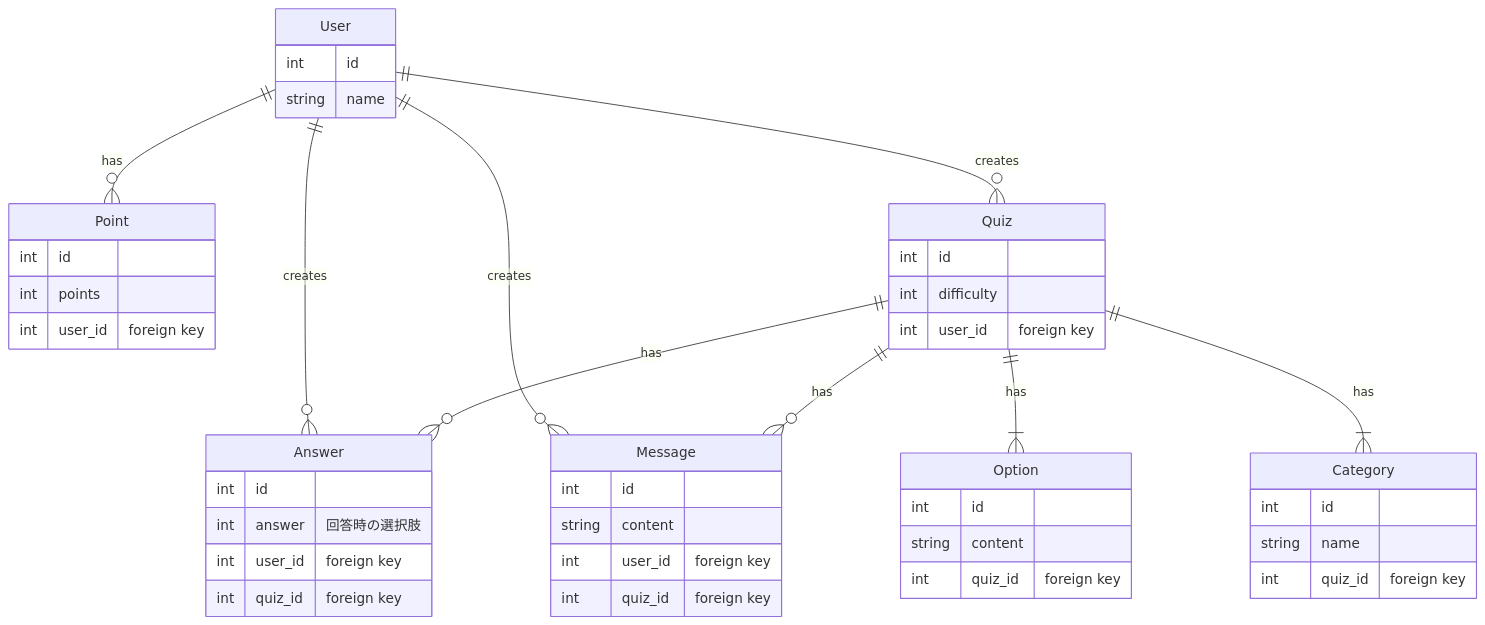
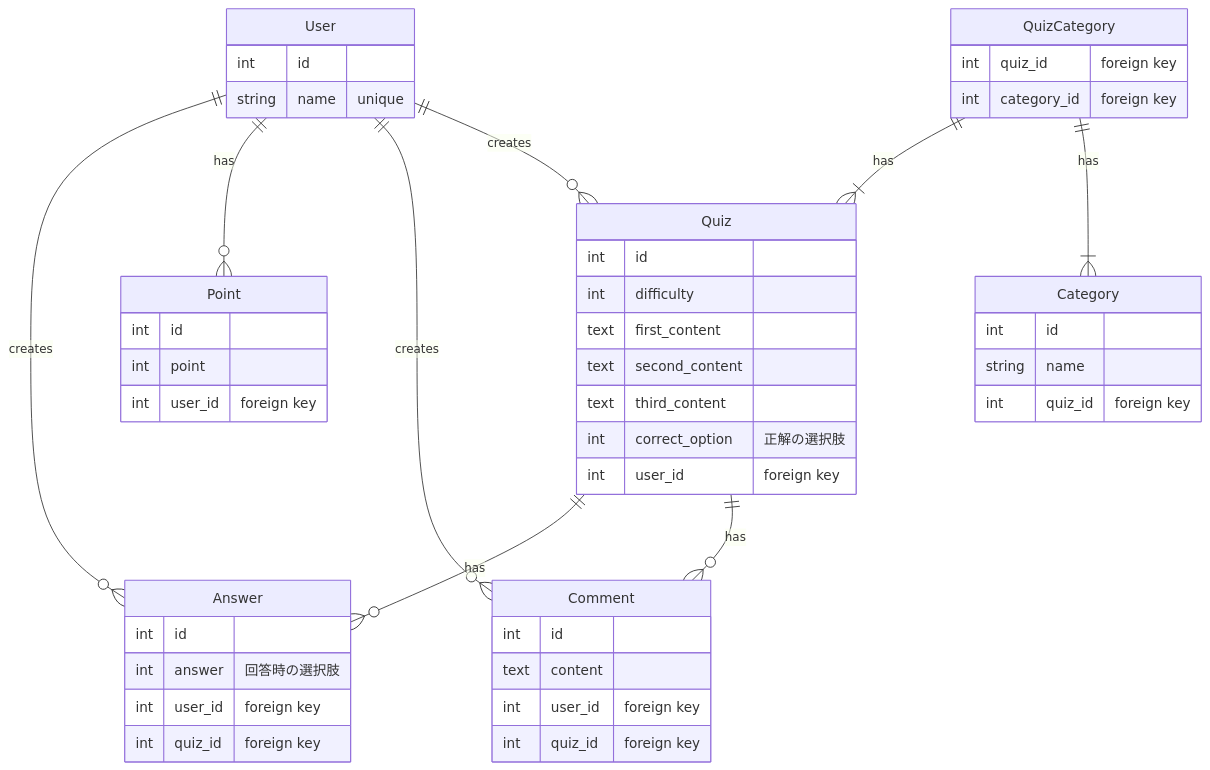
Before and after one commit to peterdo415/original_product: the diagram in Documents/table.md, drawn with Mermaid. The commit also changed other lines of this file and 70 other files, not shown here.

````diff
--- a/Documents/table.md
+++ b/Documents/table.md
@@ -1,55 +1,60 @@
 ```mermaid
 erDiagram
   User ||--o{ Answer : creates
   User ||--o{ Point : has
-  User ||--o{ Message : creates
+  User ||--o{ Comment : creates
   User ||--o{ Quiz : creates
 
   Quiz ||--o{ Answer : has
-  Quiz ||--o{ Message : has
-  Quiz ||--|{ Option : has
-  Quiz ||--|{ Category : has
+  Quiz ||--o{ Comment : has
+
+  QuizCategory ||--|{ Quiz :has
+  QuizCategory ||--|{ Category : has
 
   User {
     int id
-    string name
+    string name "unique"
   }
 
   Quiz {
     int id
     int difficulty
+    text first_content
+    text second_content
+    text third_content
+    int correct_option "正解の選択肢"
     int user_id "foreign key"
-  }
-
-  Option {
-    int id
-    string content
-    int quiz_id "foreign key"
   }
 
   Answer {
     int id
     int answer "回答時の選択肢"
     int user_id "foreign key"
     int quiz_id "foreign key"
   }
 
   Point {
     int id
-    int points
+    int point
     int user_id "foreign key"
   }
 
-  Message {
+  Comment {
     int id
-    string content
+    text content
     int user_id "foreign key"
     int quiz_id "foreign key"
   }
 
   Category {
     int id
     string name
     int quiz_id "foreign key"
   }
+
+  QuizCategory {
+    int quiz_id "foreign key"
+    int category_id "foreign key"
+
+  }
 ```
````
